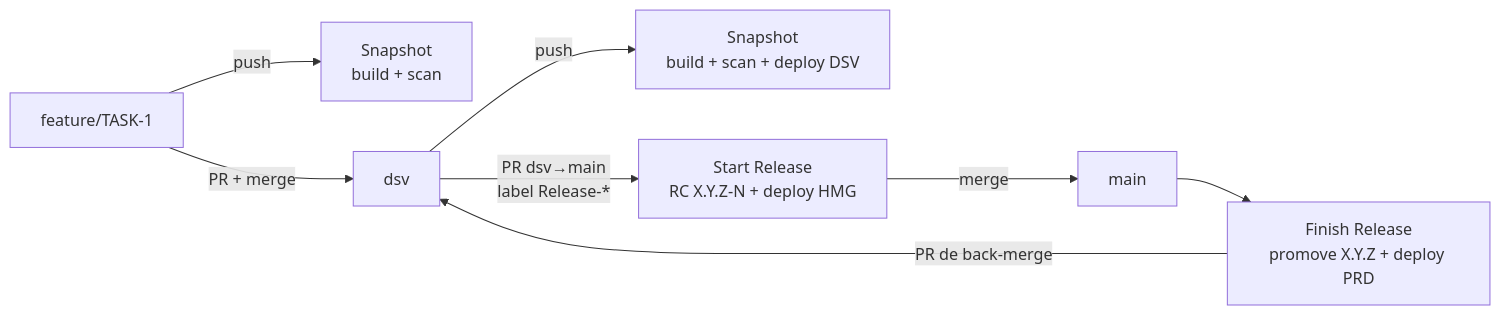
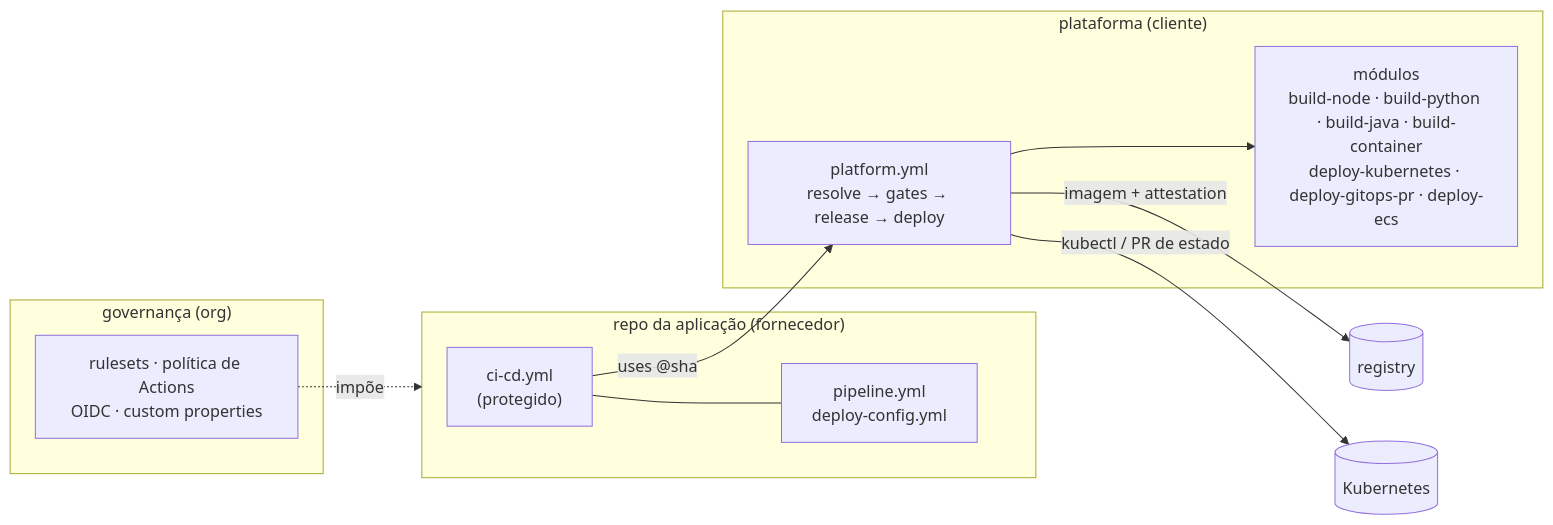
Before and after one commit to diogorochaaraujo/gitflow-devsecops-pipeline: the diagram in README.md, drawn with Mermaid. The commit also changed other lines of this file and 75 other files, not shown here.

````diff
--- a/README.md
+++ b/README.md
@@ -11,10 +24,18 @@
 ```mermaid
 flowchart LR
-  F["feature/TASK-1"] -->|push| SN1["Snapshot<br/>build + scan"]
-  F -->|PR + merge| D[dsv]
-  D -->|push| SN2["Snapshot<br/>build + scan + deploy DSV"]
-  D -->|"PR dsv→main<br/>label Release-*"| SR["Start Release<br/>RC X.Y.Z-N + deploy HMG"]
-  SR -->|merge| M[main]
-  M --> FR["Finish Release<br/>promove X.Y.Z + deploy PRD"]
-  FR -->|PR de back-merge| D
+  subgraph APP["repo da aplicação (fornecedor)"]
+    W["ci-cd.yml<br/>(protegido)"] --- C["pipeline.yml<br/>deploy-config.yml"]
+  end
+  subgraph PLAT["plataforma (cliente)"]
+    O["platform.yml<br/>resolve → gates → release → deploy"]
+    M["módulos<br/>build-node · build-python · build-java · build-container<br/>deploy-kubernetes · deploy-gitops-pr · deploy-ecs"]
+    O --> M
+  end
+  subgraph GOV["governança (org)"]
+    R["rulesets · política de Actions<br/>OIDC · custom properties"]
+  end
+  W -->|uses @sha| O
+  R -.impõe.-> APP
+  O -->|imagem + attestation| REG[(registry)]
+  O -->|kubectl / PR de estado| K8S[(Kubernetes)]
 ```
````
